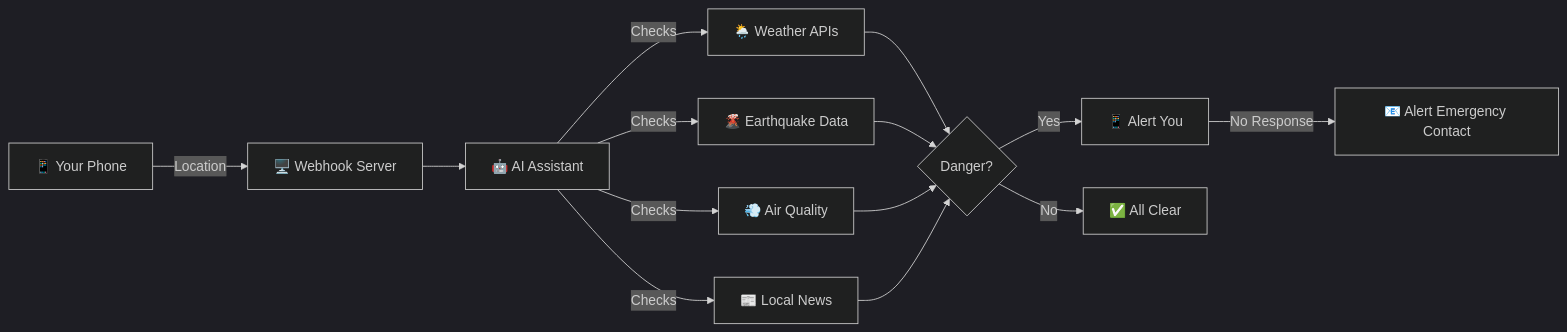
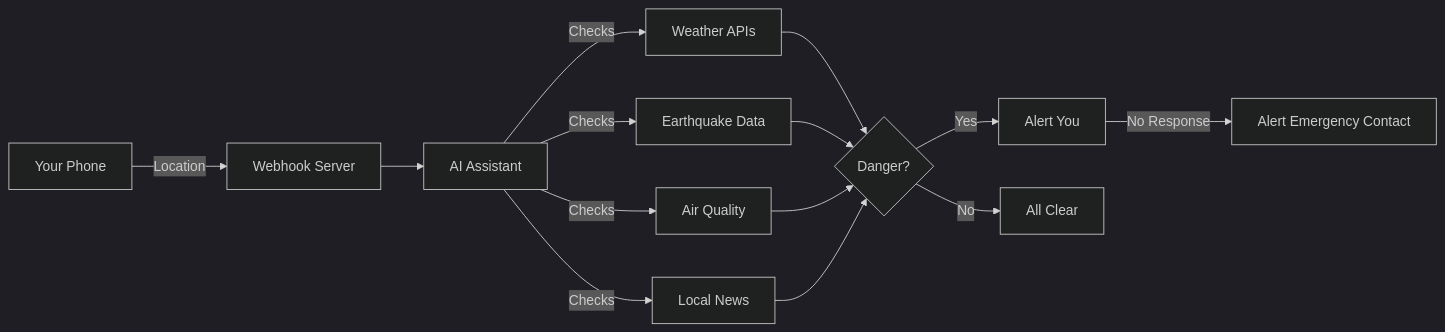
The first of 5 diagrams in skills/skills/sidu/location-safety-skill/README.md (Dawgomatic/Xagent), drawn with Mermaid (dark theme) before and after one commit. The commit also changed other lines of this file and 18009 other files, not shown here.

````diff
--- a/skills/skills/sidu/location-safety-skill/README.md
+++ b/skills/skills/sidu/location-safety-skill/README.md
@@ -43,13 +43,13 @@
 ```mermaid
 graph LR
-    A[📱 Your Phone] -->|Location| B[🖥️ Webhook Server]
-    B --> C[🤖 AI Assistant]
-    C -->|Checks| D[🌦️ Weather APIs]
-    C -->|Checks| E[🌋 Earthquake Data]
-    C -->|Checks| F[💨 Air Quality]
-    C -->|Checks| G[📰 Local News]
+    A[ Your Phone] -->|Location| B[ Webhook Server]
+    B --> C[ AI Assistant]
+    C -->|Checks| D[ Weather APIs]
+    C -->|Checks| E[ Earthquake Data]
+    C -->|Checks| F[ Air Quality]
+    C -->|Checks| G[ Local News]
     D & E & F & G --> H{Danger?}
-    H -->|Yes| I[📱 Alert You]
-    H -->|No| J[✅ All Clear]
-    I -->|No Response| K[📧 Alert Emergency Contact]
+    H -->|Yes| I[ Alert You]
+    H -->|No| J[ All Clear]
+    I -->|No Response| K[ Alert Emergency Contact]
 ```
````
